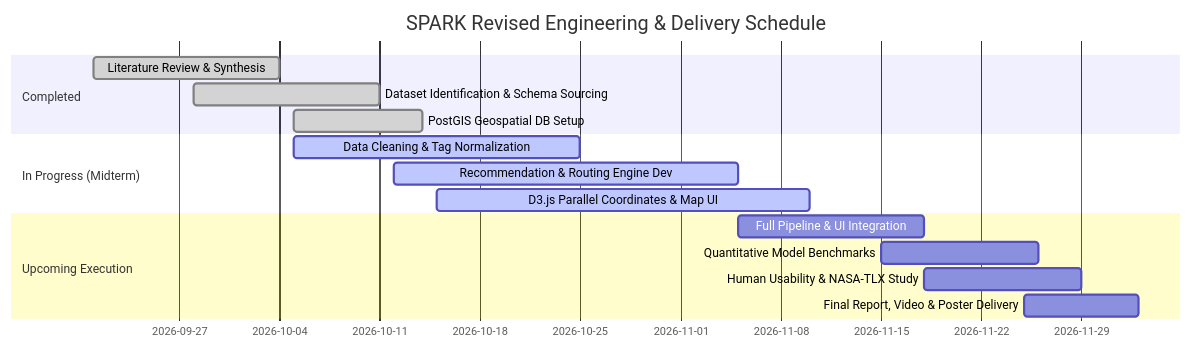
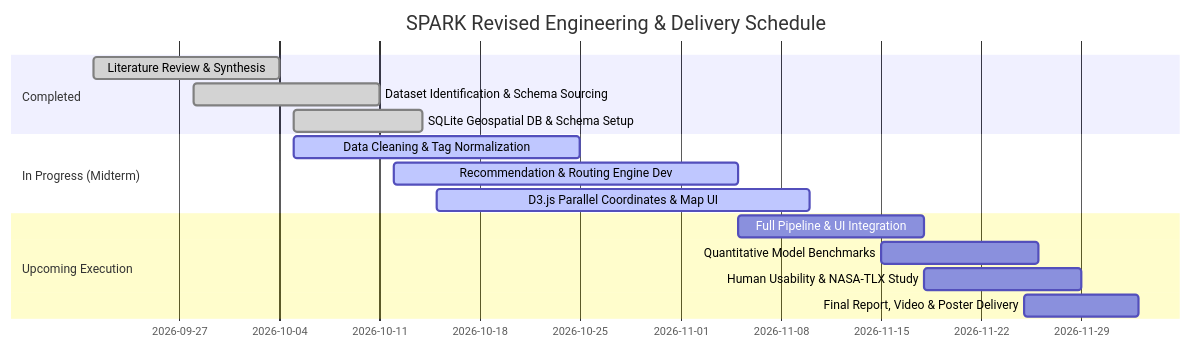
The fifth of 5 diagrams in projectwork/docs/progress_report.md (manoj-android/cse-6242-project), drawn with Mermaid before and after one commit. The commit also changed other lines of this file and 2 other files, not shown here.

````diff
--- a/projectwork/docs/progress_report.md
+++ b/projectwork/docs/progress_report.md
@@ -475,18 +510,18 @@
 ```mermaid
 gantt
     dateFormat  YYYY-MM-DD
     title SPARK Revised Engineering & Delivery Schedule
     section Completed
     Literature Review & Synthesis           :done, des1, 2026-09-21, 2026-10-04
     Dataset Identification & Schema Sourcing :done, des2, 2026-09-28, 2026-10-11
-    PostGIS Geospatial DB Setup             :done, des3, 2026-10-05, 2026-10-14
+    SQLite Geospatial DB & Schema Setup     :done, des3, 2026-10-05, 2026-10-14
     section In Progress (Midterm)
     Data Cleaning & Tag Normalization       :active, des4, 2026-10-05, 2026-10-25
     Recommendation & Routing Engine Dev     :active, des5, 2026-10-12, 2026-11-05
     D3.js Parallel Coordinates & Map UI     :active, des6, 2026-10-15, 2026-11-10
     section Upcoming Execution
     Full Pipeline & UI Integration          :des7, 2026-11-05, 2026-11-18
     Quantitative Model Benchmarks           :des8, 2026-11-15, 2026-11-26
     Human Usability & NASA-TLX Study        :des9, 2026-11-18, 2026-11-29
     Final Report, Video & Poster Delivery   :des10, 2026-11-25, 2026-12-03
 ```
````
